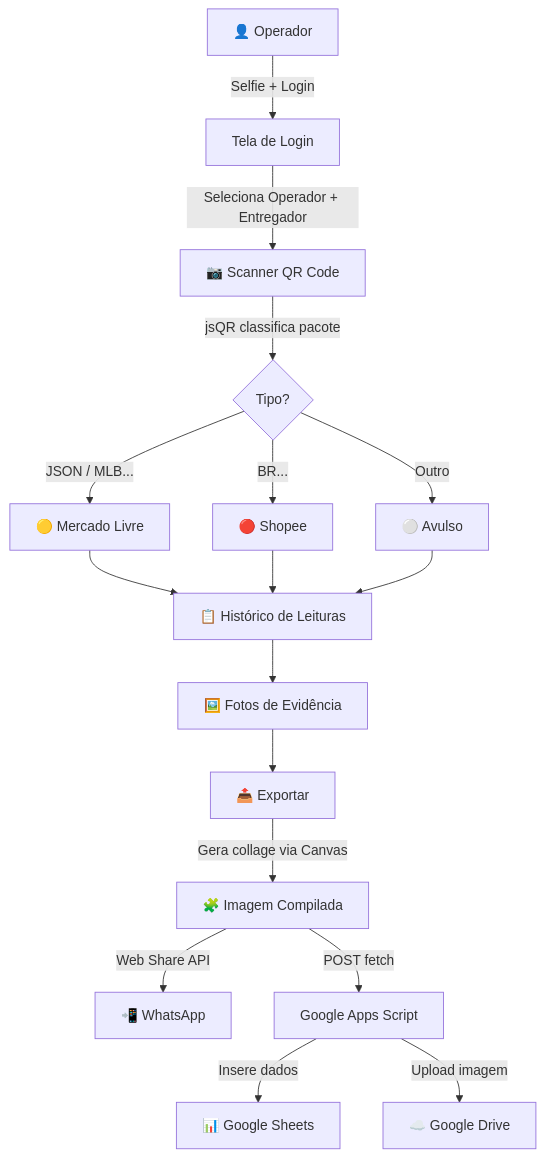
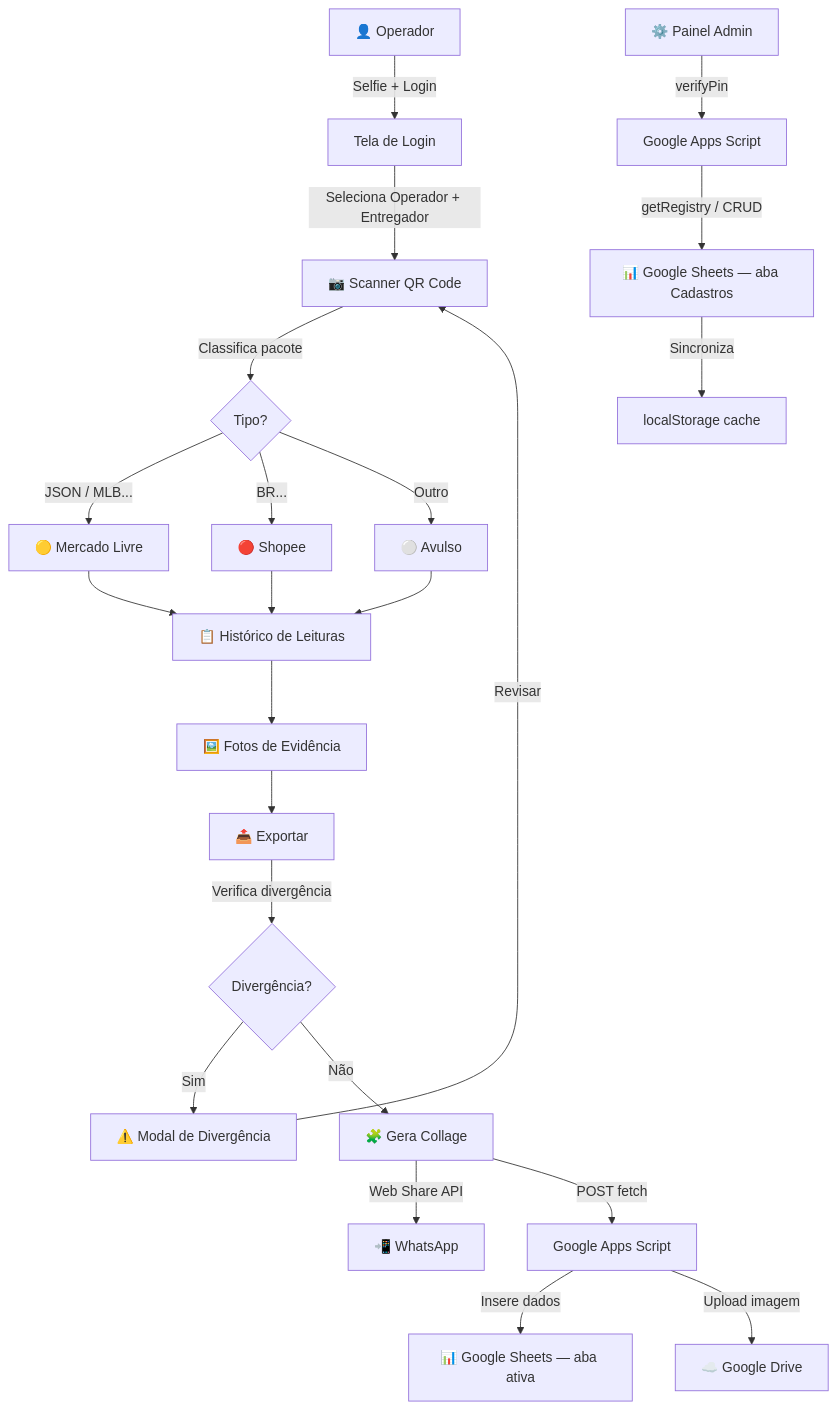
Before and after one commit to claudioalejandroramirez/logscann: the diagram in README.md, drawn with Mermaid. The commit also changed other lines of this file and 1 other file, not shown here.

````diff
--- a/README.md
+++ b/README.md
@@ -121,17 +131,24 @@
 ```mermaid
 graph TD
     A[👤 Operador] -->|Selfie + Login| B[Tela de Login]
     B -->|Seleciona Operador + Entregador| C[📷 Scanner QR Code]
-    C -->|jsQR classifica pacote| D{Tipo?}
+    C -->|Classifica pacote| D{Tipo?}
     D -->|JSON / MLB...| E[🟡 Mercado Livre]
     D -->|BR...| F[🔴 Shopee]
     D -->|Outro| G[⚪ Avulso]
     E & F & G --> H[📋 Histórico de Leituras]
     H --> I[🖼️ Fotos de Evidência]
     I --> J[📤 Exportar]
-    J -->|Gera collage via Canvas| K[🧩 Imagem Compilada]
-    K -->|Web Share API| L[📲 WhatsApp]
-    K -->|POST fetch| M[Google Apps Script]
-    M -->|Insere dados| N[📊 Google Sheets]
-    M -->|Upload imagem| O[☁️ Google Drive]
+    J -->|Verifica divergência| K{Divergência?}
+    K -->|Sim| L[⚠️ Modal de Divergência]
+    L -->|Revisar| C
+    K -->|Não| M[🧩 Gera Collage]
+    M -->|Web Share API| N[📲 WhatsApp]
+    M -->|POST fetch| O[Google Apps Script]
+    O -->|Insere dados| P[📊 Google Sheets — aba ativa]
+    O -->|Upload imagem| Q[☁️ Google Drive]
+
+    R[⚙️ Painel Admin] -->|verifyPin| S[Google Apps Script]
+    S -->|getRegistry / CRUD| T[📊 Google Sheets — aba Cadastros]
+    T -->|Sincroniza| U[localStorage cache]
 ```
````
